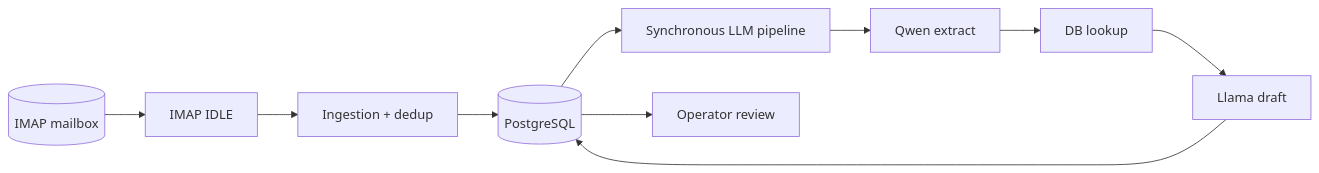
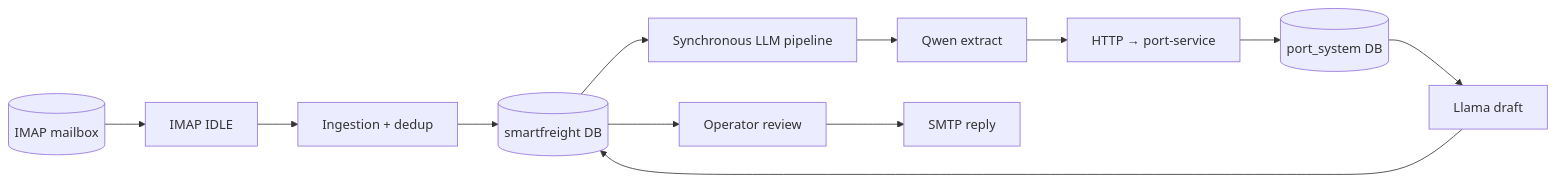
The second of 11 diagrams in docs/PRESENTATION_TREE_MAP.md (olegskel7-wq/smart-freight-inbox), drawn with Mermaid before and after one commit. The commit also changed other lines of this file and 20 other files, not shown here.

First line of the commit message:
docs: update PRESENTATION_TREE_MAP to reflect two-service architecture

````diff
--- a/docs/PRESENTATION_TREE_MAP.md
+++ b/docs/PRESENTATION_TREE_MAP.md
@@ -66,12 +78,14 @@
 ```mermaid
 flowchart LR
   A[(IMAP mailbox)] --> B[IMAP IDLE]
   B --> C[Ingestion + dedup]
-  C --> D[(PostgreSQL)]
+  C --> D[(smartfreight DB)]
   D --> E[Synchronous LLM pipeline]
   E --> F[Qwen extract]
-  F --> G[DB lookup]
-  G --> H[Llama draft]
+  F --> G[HTTP → port-service]
+  G --> PS[(port_system DB)]
+  PS --> H[Llama draft]
   H --> D
   D --> I[Operator review]
+  I --> SMTP[SMTP reply]
 ```
````
